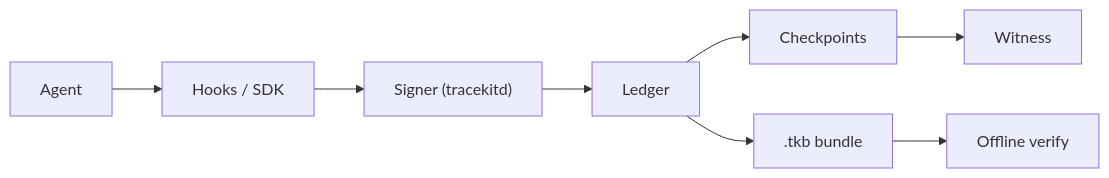
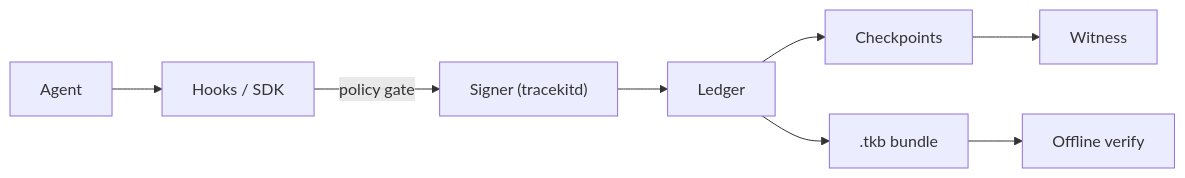
Before and after one commit to Cygnux-Labs/Tracekit: the diagram in README.md, drawn with Mermaid. The commit also changed other lines of this file and 3 other files, not shown here.

````diff
--- a/README.md
+++ b/README.md
@@ -23,10 +74,10 @@
 ```mermaid
 flowchart LR
     A[Agent] --> H[Hooks / SDK]
-    H --> S["Signer (tracekitd)"]
+    H -->|policy gate| S["Signer (tracekitd)"]
     S --> L[Ledger]
     L --> C[Checkpoints]
     C --> W[Witness]
     L --> B[".tkb bundle"]
     B --> V[Offline verify]
 ```
````
